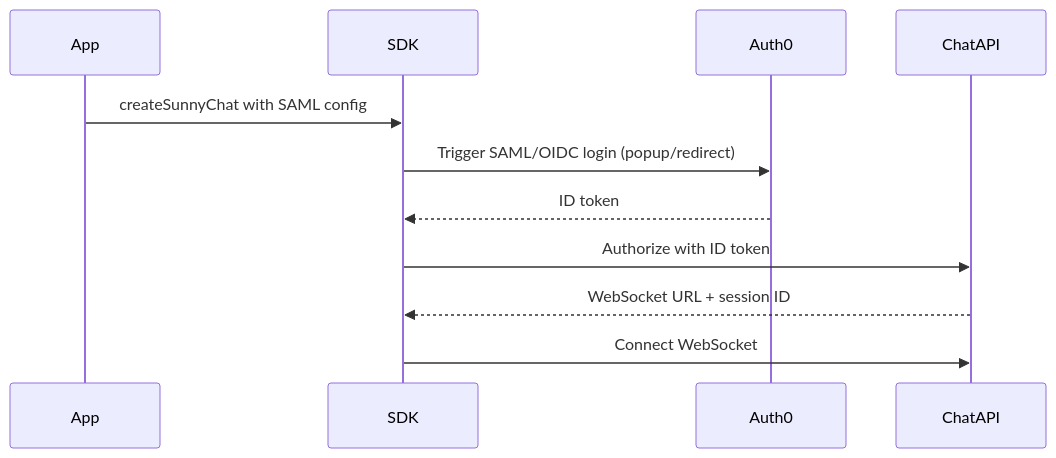
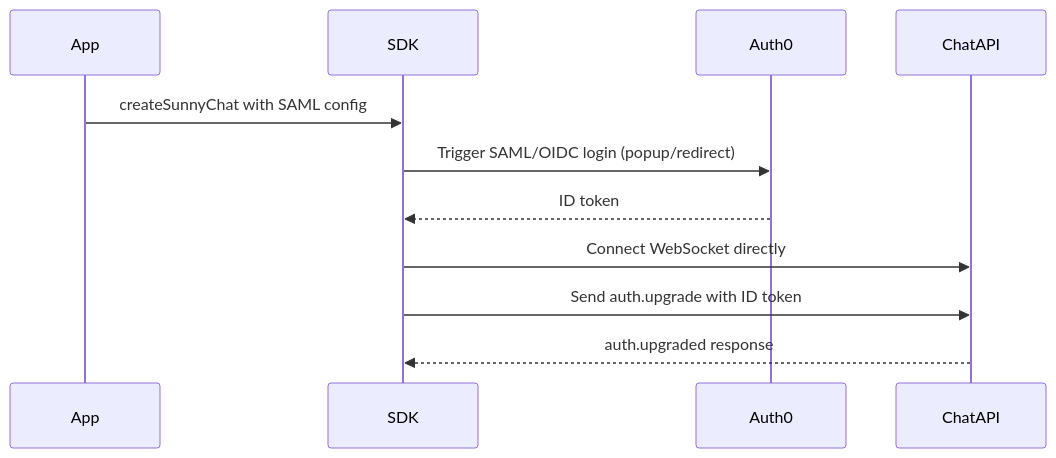
Before and after one commit to sunnyhealthai/docs: the first of 2 diagrams in fern/docs/pages/capabilities/authentication.mdx, drawn with Mermaid. The commit also changed other lines of this file and 10 other files, not shown here.

````diff
--- a/fern/docs/pages/capabilities/authentication.mdx
+++ b/fern/docs/pages/capabilities/authentication.mdx
@@ -108,14 +107,14 @@
 ```mermaid
 sequenceDiagram
     participant App
     participant SDK
     participant Auth0
     participant ChatAPI
 
     App->>SDK: createSunnyChat with SAML config
     SDK->>Auth0: Trigger SAML/OIDC login (popup/redirect)
     Auth0-->>SDK: ID token
-    SDK->>ChatAPI: Authorize with ID token
-    ChatAPI-->>SDK: WebSocket URL + session ID
-    SDK->>ChatAPI: Connect WebSocket
+    SDK->>ChatAPI: Connect WebSocket directly
+    SDK->>ChatAPI: Send auth.upgrade with ID token
+    ChatAPI-->>SDK: auth.upgraded response
 ```
````
